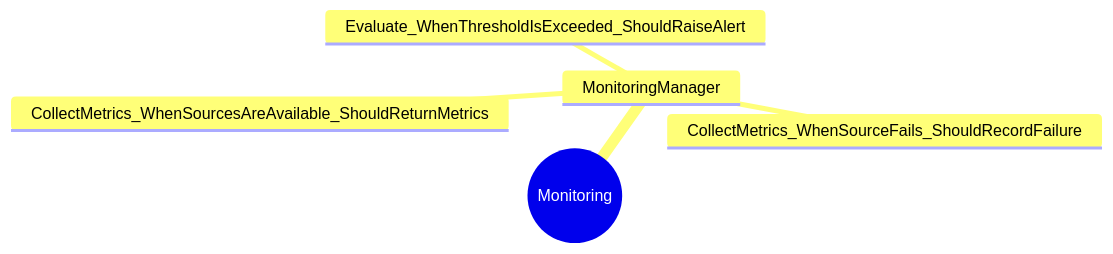
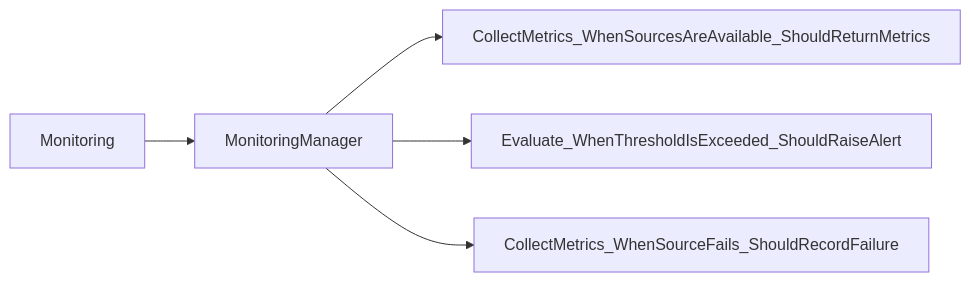
Diagram 19 of 19 in README.md (manaxpow/DBMS), drawn with Mermaid before and after one commit. The commit also changed other lines of this file and 84 other files, not shown here.

````diff
--- a/README.md
+++ b/README.md
@@ -491,8 +545,7 @@
 ```mermaid
-mindmap
-  root((Monitoring))
-    MonitoringManager
-      CollectMetrics_WhenSourcesAreAvailable_ShouldReturnMetrics
-      Evaluate_WhenThresholdIsExceeded_ShouldRaiseAlert
-      CollectMetrics_WhenSourceFails_ShouldRecordFailure
+flowchart LR
+    Subsystem[Monitoring] --> MonitoringManagerClass[MonitoringManager]
+    MonitoringManagerClass --> CollectMetrics_WhenSourcesAreAvailable_ShouldReturnMetrics
+    MonitoringManagerClass --> Evaluate_WhenThresholdIsExceeded_ShouldRaiseAlert
+    MonitoringManagerClass --> CollectMetrics_WhenSourceFails_ShouldRecordFailure
 ```
````
